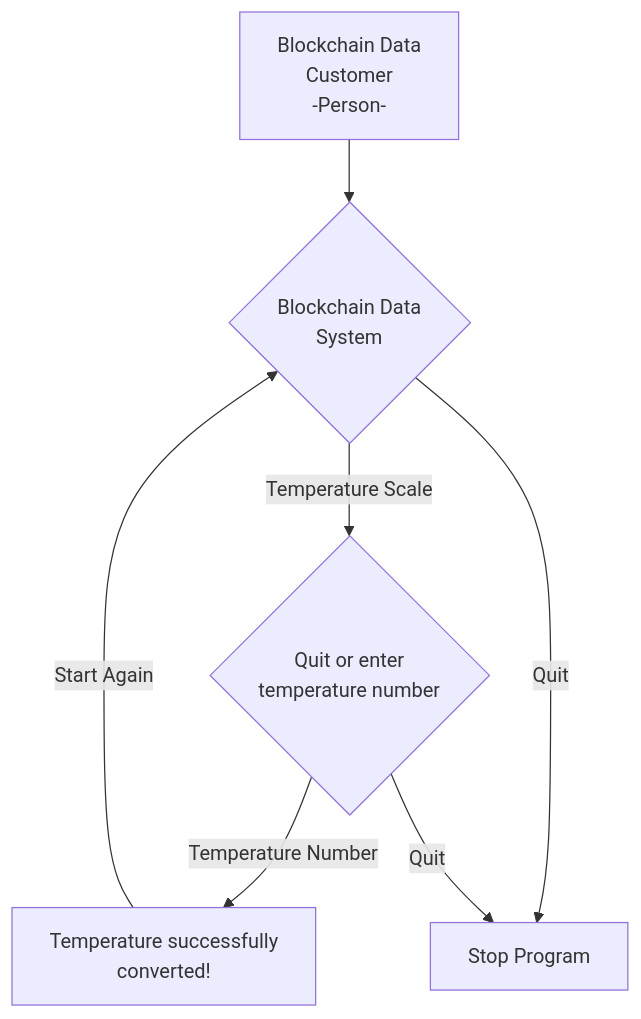
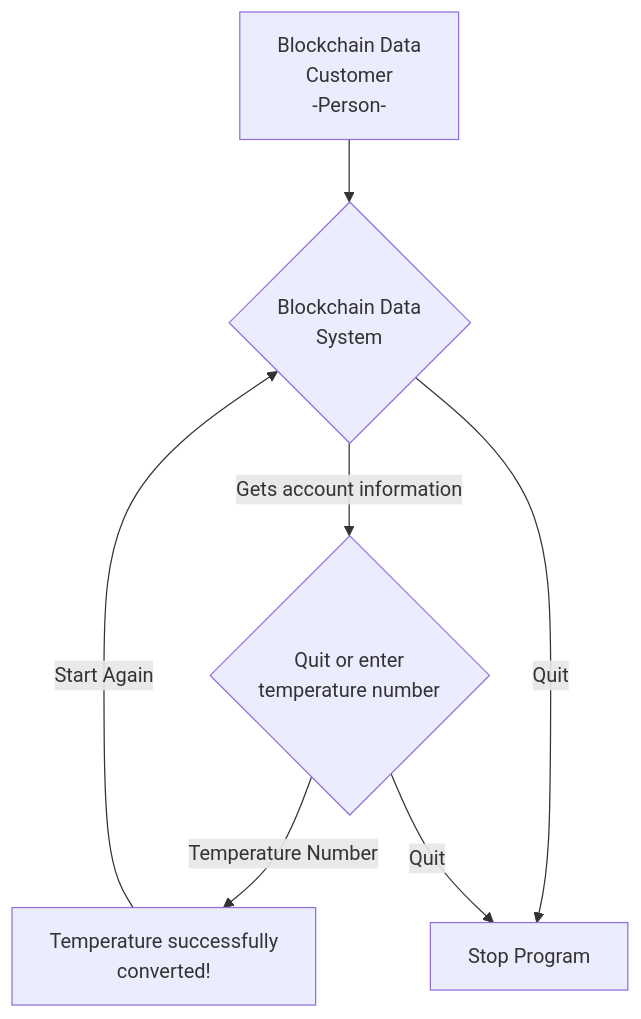
The diagram in README.md (patmcfarland/one), drawn with Mermaid before and after one commit.

````diff
--- a/README.md
+++ b/README.md
@@ -1,9 +1,9 @@
 ```mermaid
 flowchart TB
 A[Blockchain Data<br>Customer<br>-Person-] -->B{Blockchain Data<br>System}
-B -- Temperature Scale --> C{Quit or enter<br>temperature number} 
+B -- Gets account information --> C{Quit or enter<br>temperature number} 
 C -- Temperature Number --> D[Temperature successfully<br>converted!] 
 D -- Start Again -->B
 B -- Quit --> E[Stop Program]
 C -- Quit --> E
 ```
````
